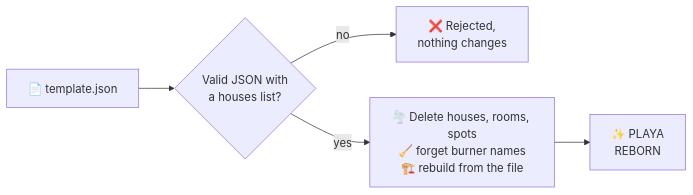
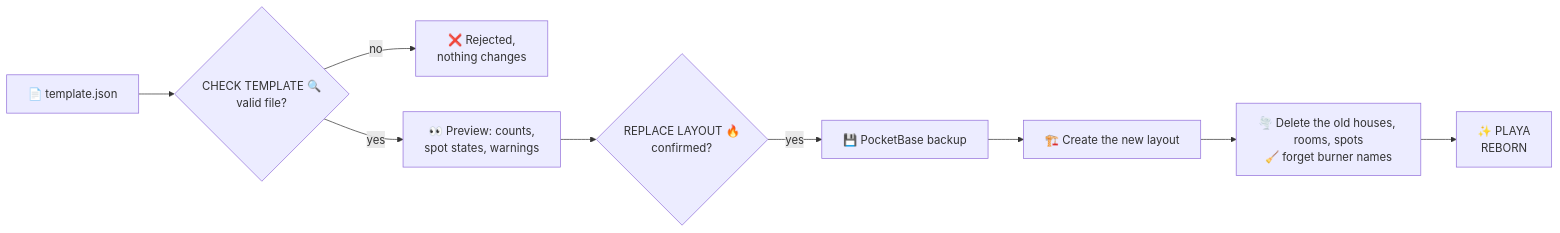
Before and after one commit to MorpheusMXML/hamburn-cozynights: the diagram in docs/admin/templates.md, drawn with Mermaid. The commit also changed other lines of this file and 10 other files, not shown here.

````diff
--- a/docs/admin/templates.md
+++ b/docs/admin/templates.md
@@ -20,7 +20,11 @@
 ```mermaid
 flowchart LR
-  file["📄 template.json"] --> check{"Valid JSON with<br/>a houses list?"}
+  file["📄 template.json"] --> check{"CHECK TEMPLATE 🔍<br/>valid file?"}
   check -- no --> stop["❌ Rejected,<br/>nothing changes"]
-  check -- yes --> wipe["🌪️ Delete houses, rooms, spots<br/>🧹 forget burner names<br/>🏗️ rebuild from the file"]
-  wipe --> done["✨ PLAYA<br/>REBORN"]
+  check -- yes --> preview["👀 Preview: counts,<br/>spot states, warnings"]
+  preview --> confirm{"REPLACE LAYOUT 🔥<br/>confirmed?"}
+  confirm -- yes --> backup["💾 PocketBase backup"]
+  backup --> build["🏗️ Create the new layout"]
+  build --> swap["🌪️ Delete the old houses, rooms, spots<br/>🧹 forget burner names"]
+  swap --> done["✨ PLAYA<br/>REBORN"]
 ```
````
